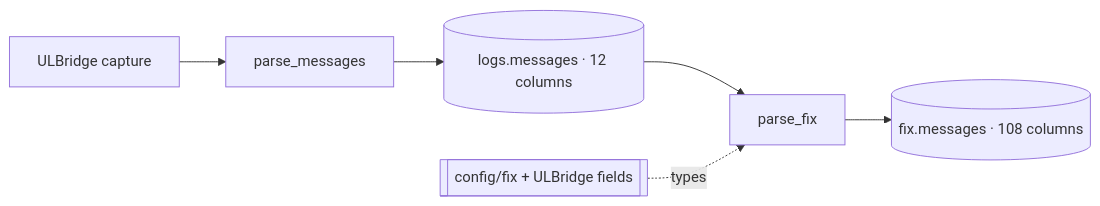
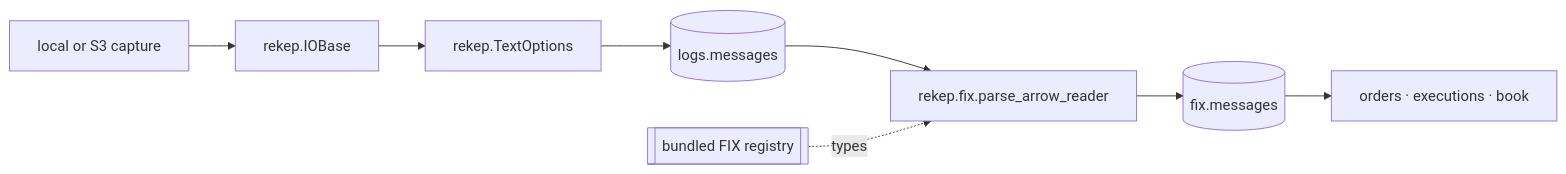
One commit to Platob/yggfin changed the diagram in docs/overview/architecture.md. Above: the diagram before and after it, drawn with Mermaid. The commit also changed other lines of this file and 314 other files, not shown here.

````diff
--- a/docs/overview/architecture.md
+++ b/docs/overview/architecture.md
@@ -73,8 +7,10 @@
 ```mermaid
 flowchart LR
-    C["ULBridge capture"] --> P1[parse_messages]
-    P1 --> M[("logs.messages · 12 columns")]
-    M --> P2[parse_fix]
-    P2 --> F[("fix.messages · 108 columns")]
-    R[["config/fix + ULBridge fields"]] -.types.-> P2
+    U["local or S3 capture"] --> R["rekep.IOBase"]
+    R --> T["rekep.TextOptions"]
+    T --> M[("logs.messages")]
+    M --> C["rekep.fix.parse_arrow_reader"]
+    D[["bundled FIX registry"]] -.types.-> C
+    C --> F[("fix.messages")]
+    F --> P["orders · executions · book"]
 ```
````
